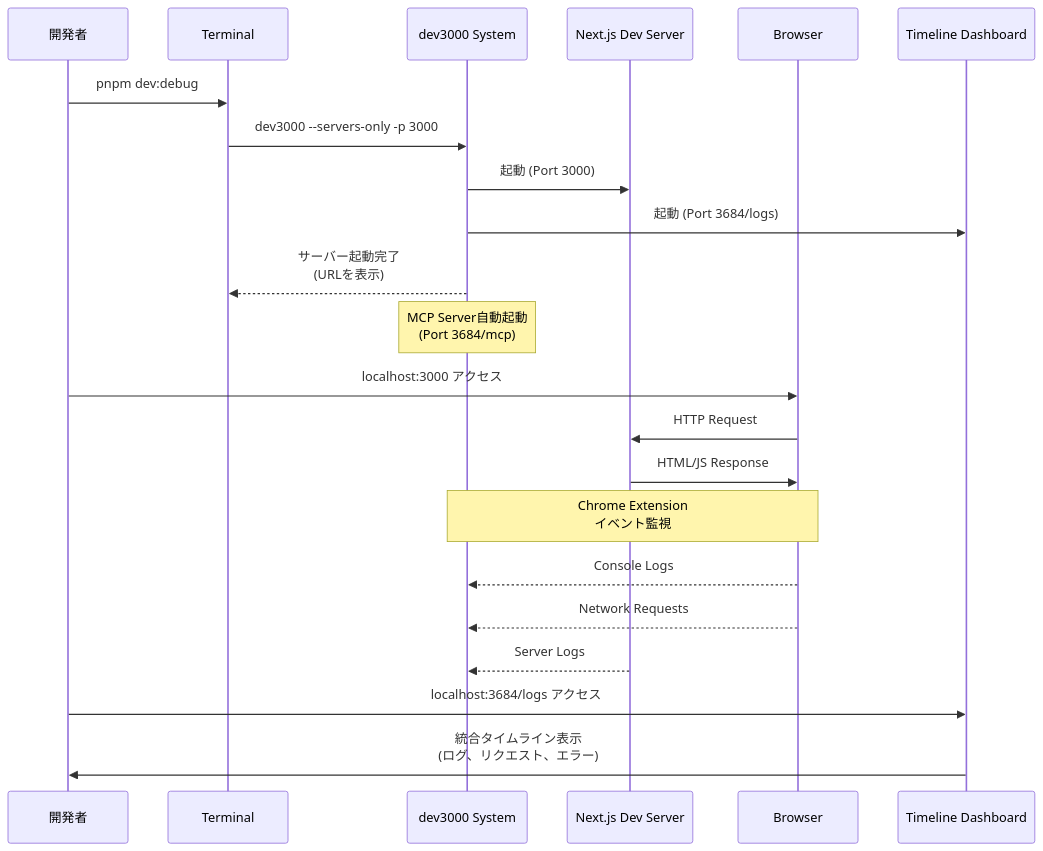
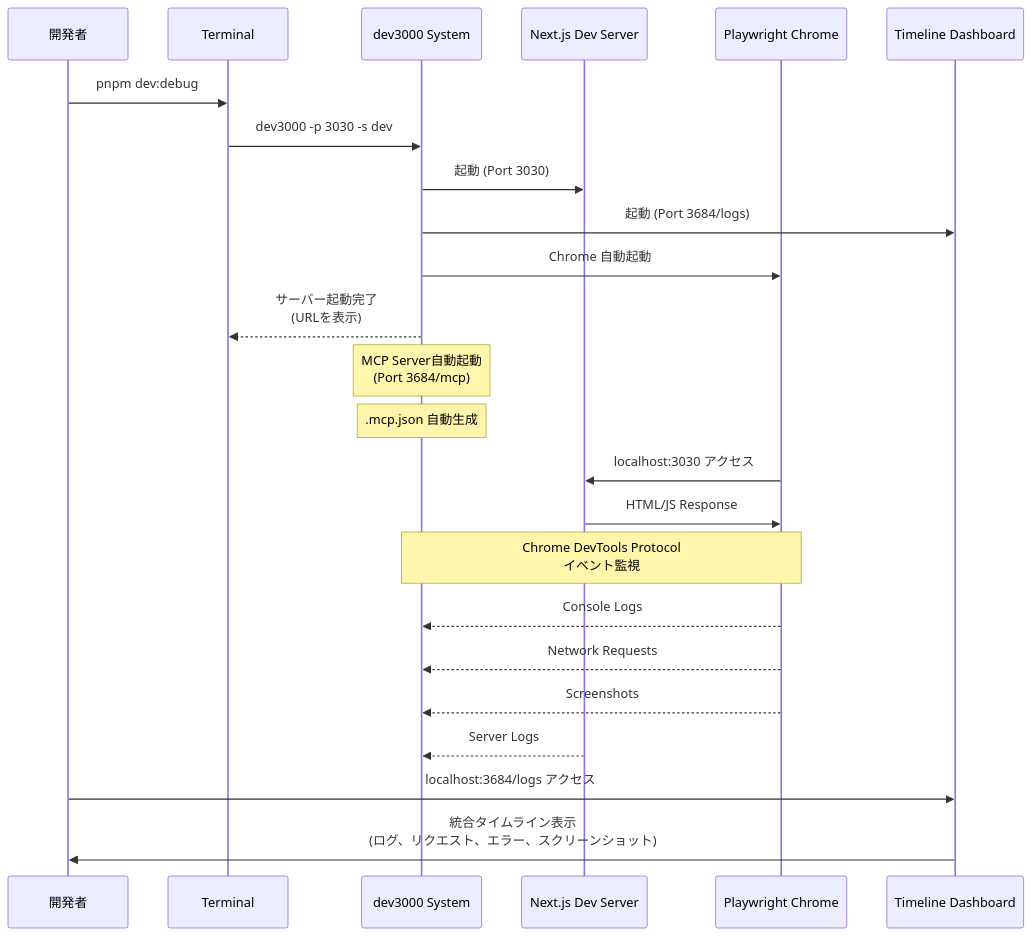
Before and after one commit to noriaki/line-miniapp-othello: the second of 3 diagrams in .kiro/specs/debug-environment/design.md, drawn with Mermaid. The commit also changed other lines of this file and 4 other files, not shown here.

````diff
--- a/.kiro/specs/debug-environment/design.md
+++ b/.kiro/specs/debug-environment/design.md
@@ -275,30 +215,32 @@
 ```mermaid
 sequenceDiagram
     participant Dev as 開発者
     participant CLI as Terminal
     participant Dev3000 as dev3000 System
     participant NextServer as Next.js Dev Server
-    participant Browser as Browser
+    participant Playwright as Playwright Chrome
     participant Dashboard as Timeline Dashboard
 
     Dev->>CLI: pnpm dev:debug
-    CLI->>Dev3000: dev3000 --servers-only -p 3000
-    Dev3000->>NextServer: 起動 (Port 3000)
+    CLI->>Dev3000: dev3000 -p 3030 -s dev
+    Dev3000->>NextServer: 起動 (Port 3030)
     Dev3000->>Dashboard: 起動 (Port 3684/logs)
+    Dev3000->>Playwright: Chrome 自動起動
     Dev3000-->>CLI: サーバー起動完了<br/>(URLを表示)
 
     Note over Dev3000: MCP Server自動起動<br/>(Port 3684/mcp)
+    Note over Dev3000: .mcp.json 自動生成
 
-    Dev->>Browser: localhost:3000 アクセス
-    Browser->>NextServer: HTTP Request
-    NextServer->>Browser: HTML/JS Response
+    Playwright->>NextServer: localhost:3030 アクセス
+    NextServer->>Playwright: HTML/JS Response
 
-    Note over Browser,Dev3000: Chrome Extension<br/>イベント監視
+    Note over Playwright,Dev3000: Chrome DevTools Protocol<br/>イベント監視
 
-    Browser-->>Dev3000: Console Logs
-    Browser-->>Dev3000: Network Requests
+    Playwright-->>Dev3000: Console Logs
+    Playwright-->>Dev3000: Network Requests
+    Playwright-->>Dev3000: Screenshots
     NextServer-->>Dev3000: Server Logs
 
     Dev->>Dashboard: localhost:3684/logs アクセス
-    Dashboard->>Dev: 統合タイムライン表示<br/>(ログ、リクエスト、エラー)
+    Dashboard->>Dev: 統合タイムライン表示<br/>(ログ、リクエスト、エラー、スクリーンショット)
 ```
````
